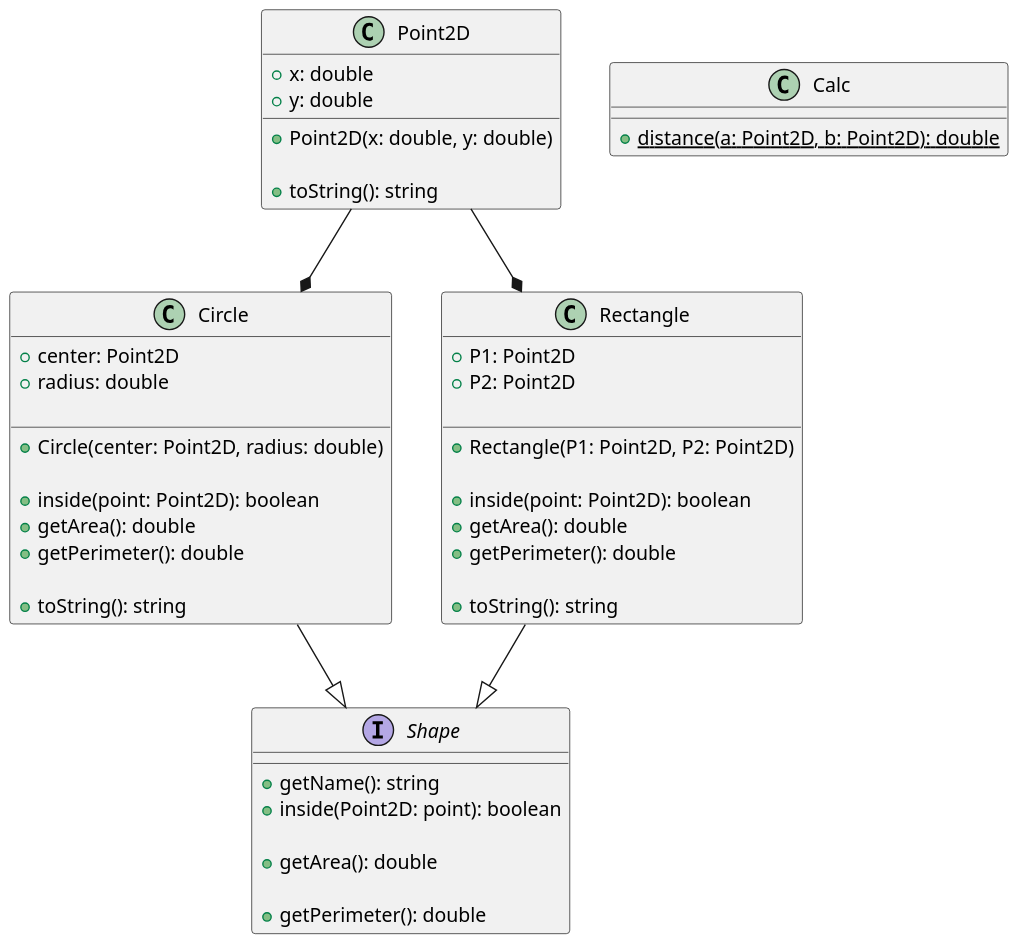
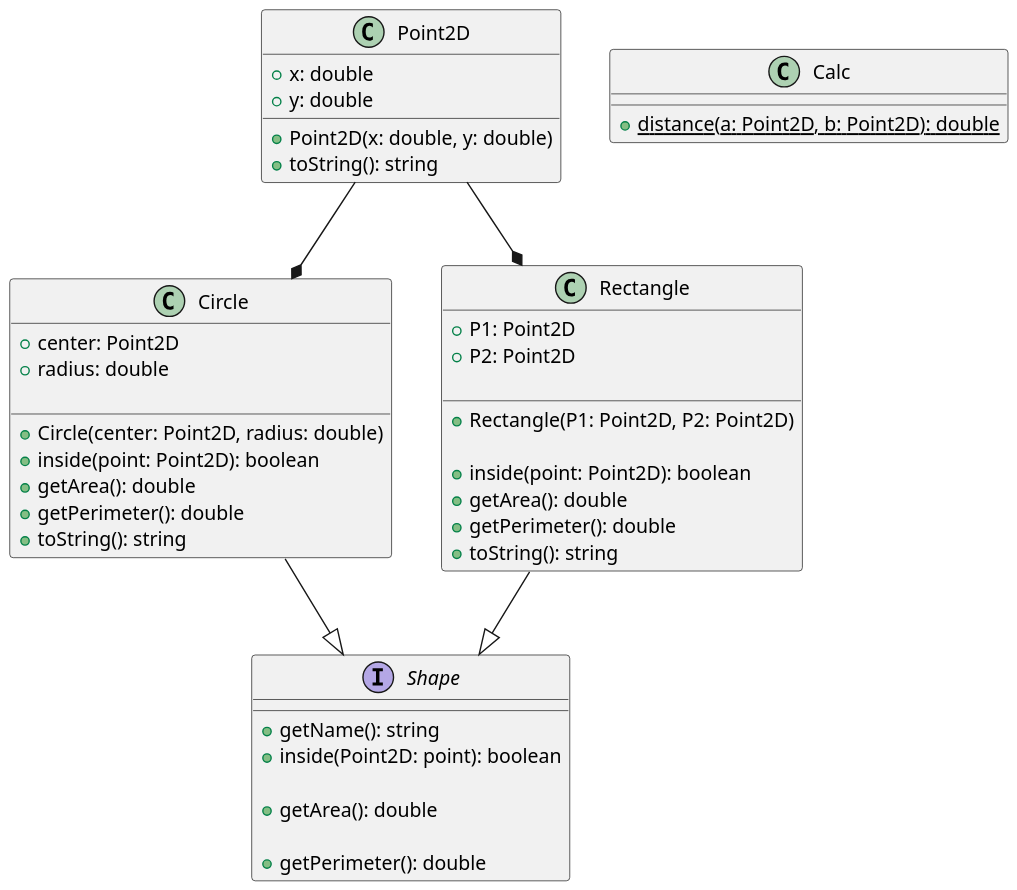
The diagram in base/shapes/diagrama.puml (qxcodepoo/arcade), drawn with PlantUML before and after one commit. The commit also changed 186 other files, not shown here.

```diff
--- a/base/shapes/diagrama.puml
+++ b/base/shapes/diagrama.puml
@@ -2,90 +2,67 @@
 @startuml
 
 skinparam defaultFontName "Source Code Pro"
 skinparam dpi 150
 
 
 
 class Point2D {
     + x: double
     + y: double
     
     + Point2D(x: double, y: double)
-
-    ' gera uma string no formato
-    ' (0.00, 0.00)
     + toString(): string
 }
 
 class Calc {
-    ' método estático para calcular a distância entre dois pontos
     + {static} distance(a: Point2D, b: Point2D): double
 }
 
 interface Shape {
     ' getName(): string
     + getName(): string
 
     ' os métodos abaixo não são implementadas
     ' na classe Shape, apenas nas classes filhas
 
     ' retorna se o ponto está dentro da forma
     + inside(Point2D: point): boolean
 
     ' retorna a área da forma
     + getArea(): double
 
     ' retorna o perímetro da forma
     + getPerimeter(): double
 }
 
 class Circle {
     + center: Point2D
     + radius: double
 
     __
-    ' invoca o construtor da superclasse
-    ' passando o nome Circ
-    ' guarda os outros valores nos atributos
-    ' da classe Circle
     + Circle(center: Point2D, radius: double)
-
-    ' implementa os métodos abstratos
     + inside(point: Point2D): boolean
     + getArea(): double
     + getPerimeter(): double
-
-    ' retorna o nome da classe e os valores no seguinte formato
-    ' Circ: C=(0.00, 0.00), R=0.00
-    ' O ponto deve ser gerado pelo método toString da classe Point2D
     + toString(): string
 }
 
 class Rectangle {
-    ' ponto superior esquerdo
     + P1: Point2D
-    ' ponto inferior direito
     + P2: Point2D
 
     __
-    ' invoca o construtor da superclasse
-    ' passando o nome Rect
-    ' inicializa o resto dos atributos
     + Rectangle(P1: Point2D, P2: Point2D)
 
-    ' implementa os métodos abstratos
     + inside(point: Point2D): boolean
     + getArea(): double
     + getPerimeter(): double
-
-    ' retorna o nome da classe e os valores no seguinte formato
-    ' Rect: P1=(0.00, 0.00) P2=(0.00, 0.00)
     + toString(): string
 }
 
 
 Circle --|> Shape
 Rectangle --|> Shape
 Point2D  --*  Circle
 Point2D  --*  Rectangle
 @enduml
```
